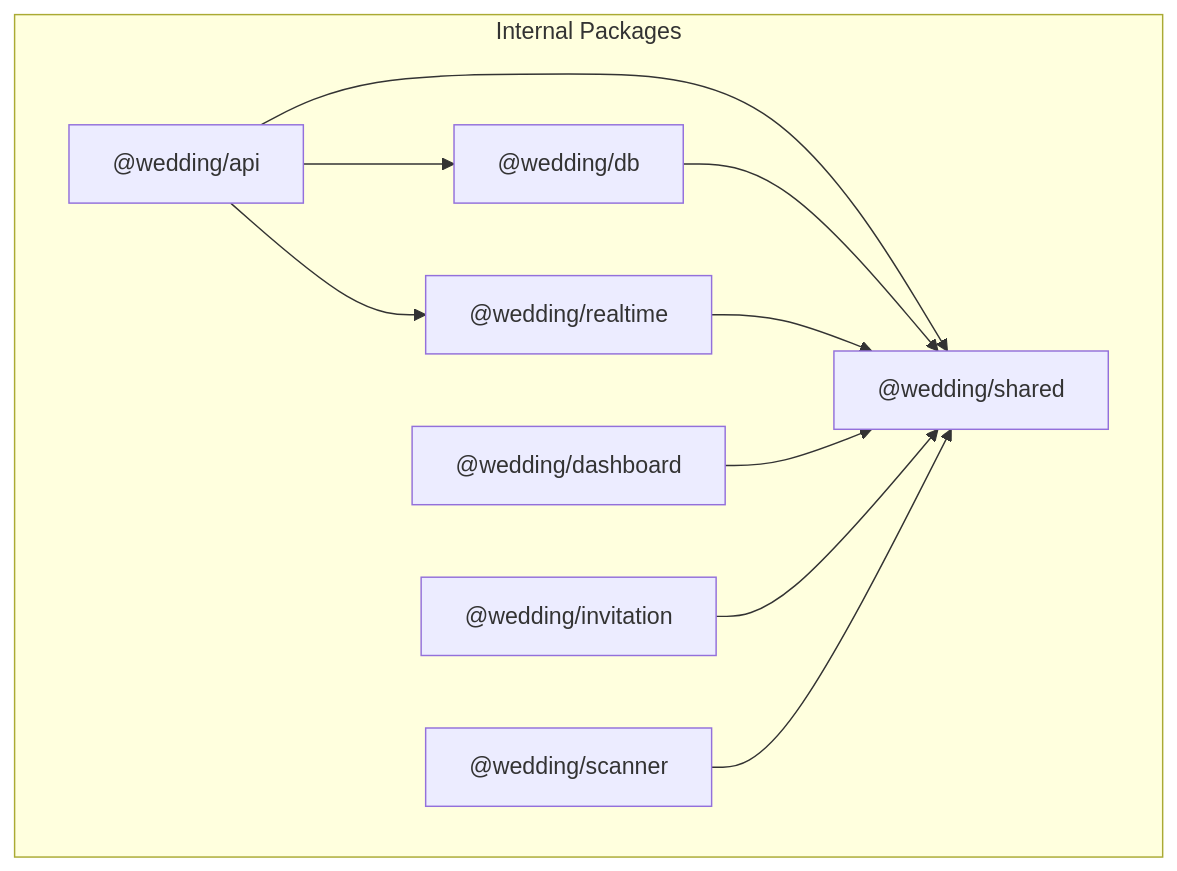
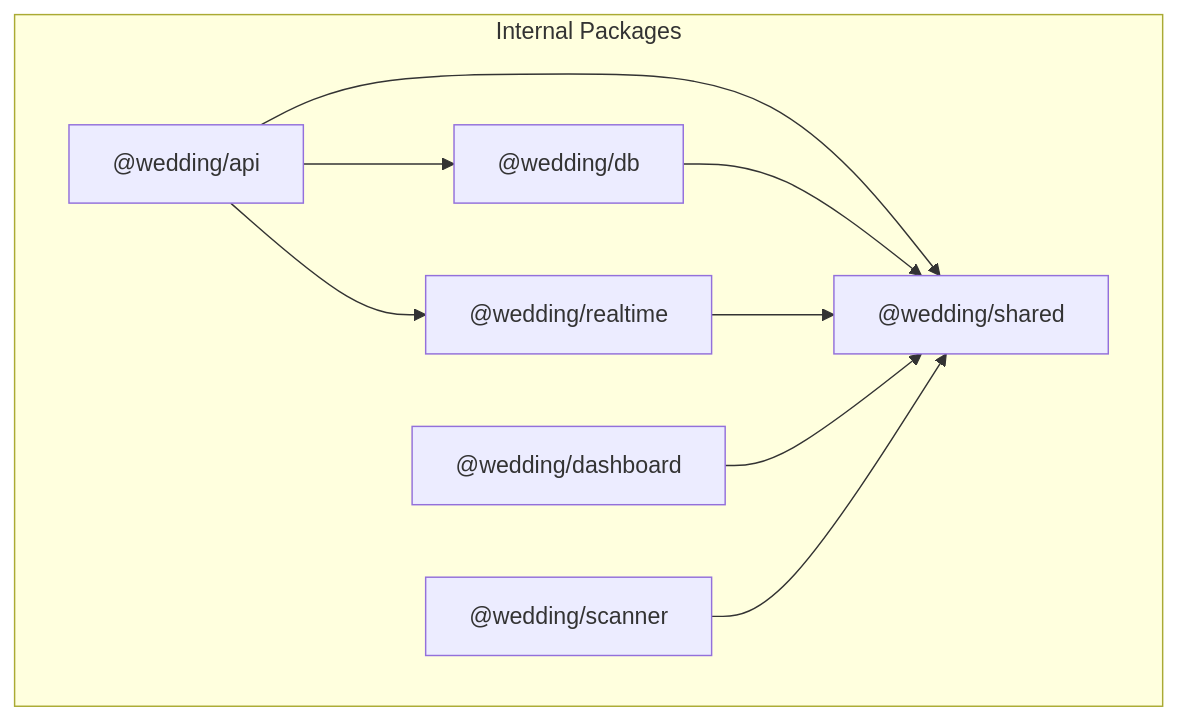
Before and after one commit to maru-story/wedding-ecosystem: the first of 2 diagrams in .agents/summary/dependencies.md, drawn with Mermaid. The commit also changed other lines of this file and 148 other files, not shown here.

````diff
--- a/.agents/summary/dependencies.md
+++ b/.agents/summary/dependencies.md
@@ -5,21 +5,19 @@
 ```mermaid
 graph TB
     subgraph "Internal Packages"
         Shared["@wedding/shared"]
         DB["@wedding/db"]
         Realtime["@wedding/realtime"]
         API["@wedding/api"]
         Dashboard["@wedding/dashboard"]
-        Invitation["@wedding/invitation"]
         Scanner["@wedding/scanner"]
     end
 
     API --> DB
     API --> Realtime
     API --> Shared
     DB --> Shared
     Realtime --> Shared
     Dashboard --> Shared
-    Invitation --> Shared
     Scanner --> Shared
 ```
````
